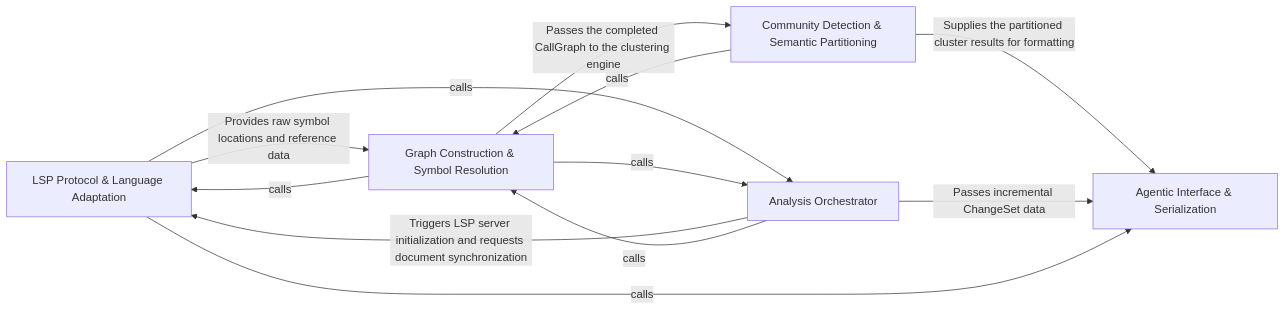
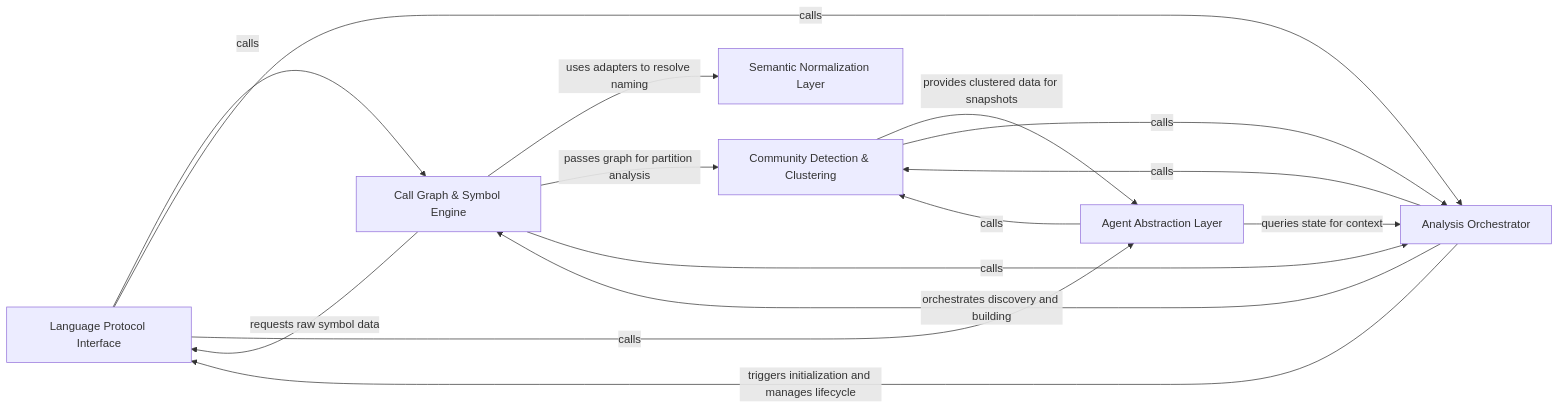
The diagram in .codeboarding/Static_Analysis_Graph_Engine.md (CodeBoarding/CodeBoarding), drawn with Mermaid before and after one commit. The commit also changed other lines of this file and 13 other files, not shown here.

````diff
--- a/.codeboarding/Static_Analysis_Graph_Engine.md
+++ b/.codeboarding/Static_Analysis_Graph_Engine.md
@@ -1,24 +1,23 @@
 ```mermaid
 graph LR
-    LSP_Protocol_Language_Adaptation["LSP Protocol & Language Adaptation"]
-    Graph_Construction_Symbol_Resolution["Graph Construction & Symbol Resolution"]
+    Language_Protocol_Interface["Language Protocol Interface"]
+    Semantic_Normalization_Layer["Semantic Normalization Layer"]
+    Call_Graph_Symbol_Engine["Call Graph & Symbol Engine"]
+    Community_Detection_Clustering["Community Detection & Clustering"]
     Analysis_Orchestrator["Analysis Orchestrator"]
-    Community_Detection_Semantic_Partitioning["Community Detection & Semantic Partitioning"]
-    Agentic_Interface_Serialization["Agentic Interface & Serialization"]
-    Analysis_Orchestrator -- "Triggers LSP server initialization and requests document synchronization" --> LSP_Protocol_Language_Adaptation
-    LSP_Protocol_Language_Adaptation -- "Provides raw symbol locations and reference data" --> Graph_Construction_Symbol_Resolution
-    Graph_Construction_Symbol_Resolution -- "Passes the completed CallGraph to the clustering engine" --> Community_Detection_Semantic_Partitioning
-    Community_Detection_Semantic_Partitioning -- "Supplies the partitioned cluster results for formatting" --> Agentic_Interface_Serialization
-    Analysis_Orchestrator -- "Passes incremental ChangeSet data" --> Agentic_Interface_Serialization
-    LSP_Protocol_Language_Adaptation -- "calls" --> Analysis_Orchestrator
-    LSP_Protocol_Language_Adaptation -- "calls" --> Agentic_Interface_Serialization
-    Graph_Construction_Symbol_Resolution -- "calls" --> LSP_Protocol_Language_Adaptation
-    Graph_Construction_Symbol_Resolution -- "calls" --> Analysis_Orchestrator
-    Analysis_Orchestrator -- "calls" --> Graph_Construction_Symbol_Resolution
-    Community_Detection_Semantic_Partitioning -- "calls" --> Graph_Construction_Symbol_Resolution
-    click LSP_Protocol_Language_Adaptation href "https://github.com/CodeBoarding/CodeBoarding/blob/main/.codeboarding/LSP_Protocol_Language_Adaptation.md" "Details"
-    click Graph_Construction_Symbol_Resolution href "https://github.com/CodeBoarding/CodeBoarding/blob/main/.codeboarding/Graph_Construction_Symbol_Resolution.md" "Details"
-    click Analysis_Orchestrator href "https://github.com/CodeBoarding/CodeBoarding/blob/main/.codeboarding/Analysis_Orchestrator.md" "Details"
-    click Community_Detection_Semantic_Partitioning href "https://github.com/CodeBoarding/CodeBoarding/blob/main/.codeboarding/Community_Detection_Semantic_Partitioning.md" "Details"
-    click Agentic_Interface_Serialization href "https://github.com/CodeBoarding/CodeBoarding/blob/main/.codeboarding/Agentic_Interface_Serialization.md" "Details"
+    Agent_Abstraction_Layer["Agent Abstraction Layer"]
+    Analysis_Orchestrator -- "triggers initialization and manages lifecycle" --> Language_Protocol_Interface
+    Analysis_Orchestrator -- "orchestrates discovery and building" --> Call_Graph_Symbol_Engine
+    Call_Graph_Symbol_Engine -- "requests raw symbol data" --> Language_Protocol_Interface
+    Call_Graph_Symbol_Engine -- "uses adapters to resolve naming" --> Semantic_Normalization_Layer
+    Call_Graph_Symbol_Engine -- "passes graph for partition analysis" --> Community_Detection_Clustering
+    Community_Detection_Clustering -- "provides clustered data for snapshots" --> Agent_Abstraction_Layer
+    Agent_Abstraction_Layer -- "queries state for context" --> Analysis_Orchestrator
+    Language_Protocol_Interface -- "calls" --> Call_Graph_Symbol_Engine
+    Language_Protocol_Interface -- "calls" --> Analysis_Orchestrator
+    Language_Protocol_Interface -- "calls" --> Agent_Abstraction_Layer
+    Call_Graph_Symbol_Engine -- "calls" --> Analysis_Orchestrator
+    Community_Detection_Clustering -- "calls" --> Analysis_Orchestrator
+    Analysis_Orchestrator -- "calls" --> Community_Detection_Clustering
+    Agent_Abstraction_Layer -- "calls" --> Community_Detection_Clustering
 ```
````
